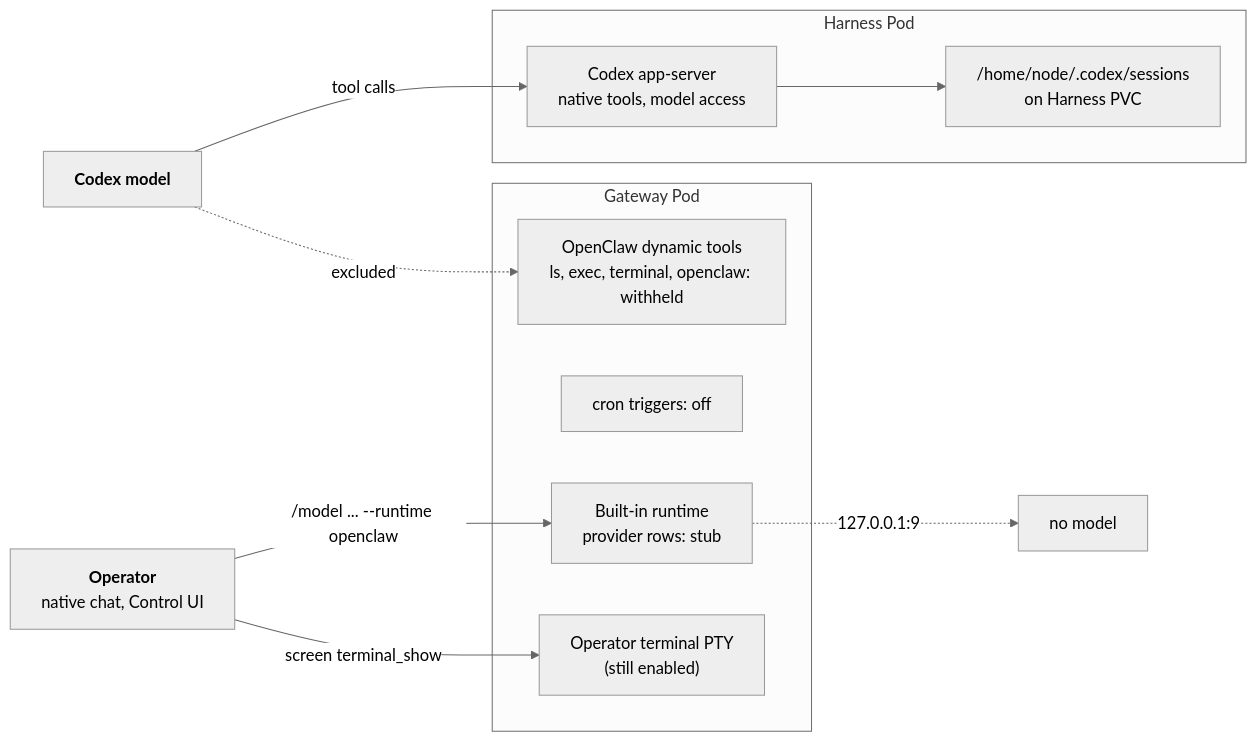
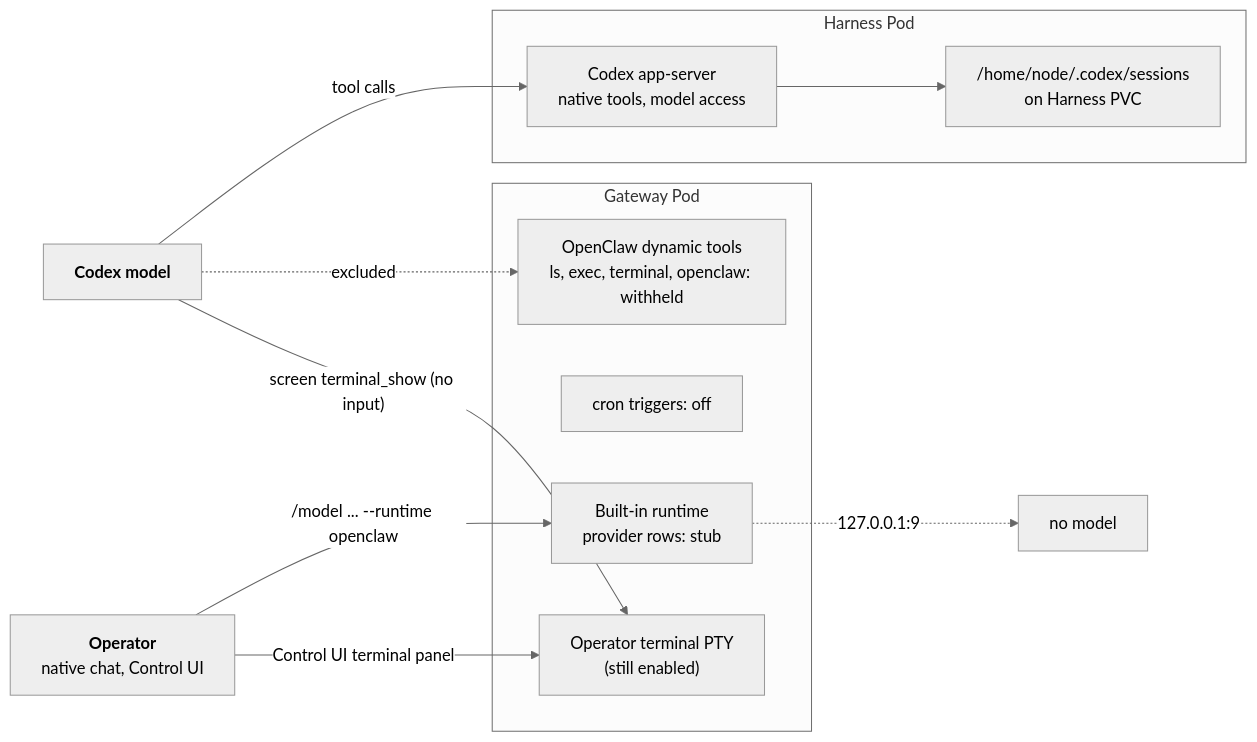
Before and after one commit to SebTardif/openclaw-enterprise: the diagram in specs/rfcs/0046-codex-gateway-isolation.md, drawn with Mermaid (neutral theme). The commit also changed other lines of this file, not shown here.

First line of the commit message:
docs(specs): correct rfc-0046 terminal, env credential and kept-key claims

````diff
--- a/specs/rfcs/0046-codex-gateway-isolation.md
+++ b/specs/rfcs/0046-codex-gateway-isolation.md
@@ -108,21 +112,22 @@
 ```mermaid
 flowchart LR
   Operator["<b>Operator</b><br/>native chat, Control UI"]
   Model["<b>Codex model</b>"]
   subgraph GW["Gateway Pod"]
     Tools["OpenClaw dynamic tools<br/>ls, exec, terminal, openclaw: withheld"]
     Cron["cron triggers: off"]
     Builtin["Built-in runtime<br/>provider rows: stub"]
     PTY["Operator terminal PTY<br/>(still enabled)"]
   end
   subgraph HP["Harness Pod"]
     Codex["Codex app-server<br/>native tools, model access"]
     Sessions["/home/node/.codex/sessions<br/>on Harness PVC"]
   end
   Model -->|tool calls| Codex
   Model -.->|excluded| Tools
   Operator -->|"/model ... --runtime openclaw"| Builtin
   Builtin -.->|"127.0.0.1:9"| Stub["no model"]
-  Operator -->|"screen terminal_show"| PTY
+  Operator -->|"Control UI terminal panel"| PTY
+  Model -->|"screen terminal_show (no input)"| PTY
   Codex --> Sessions
 ```
````
